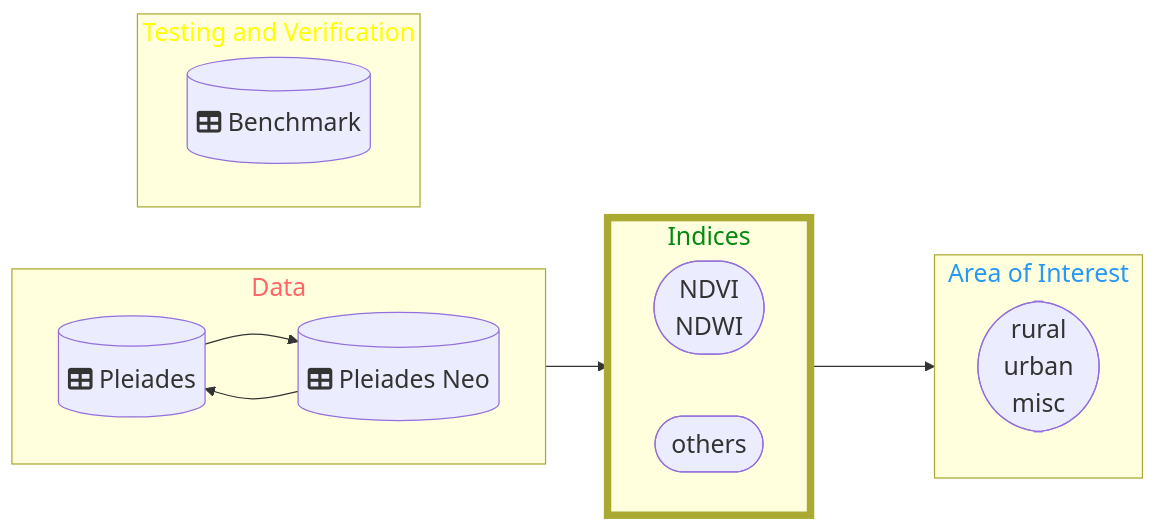
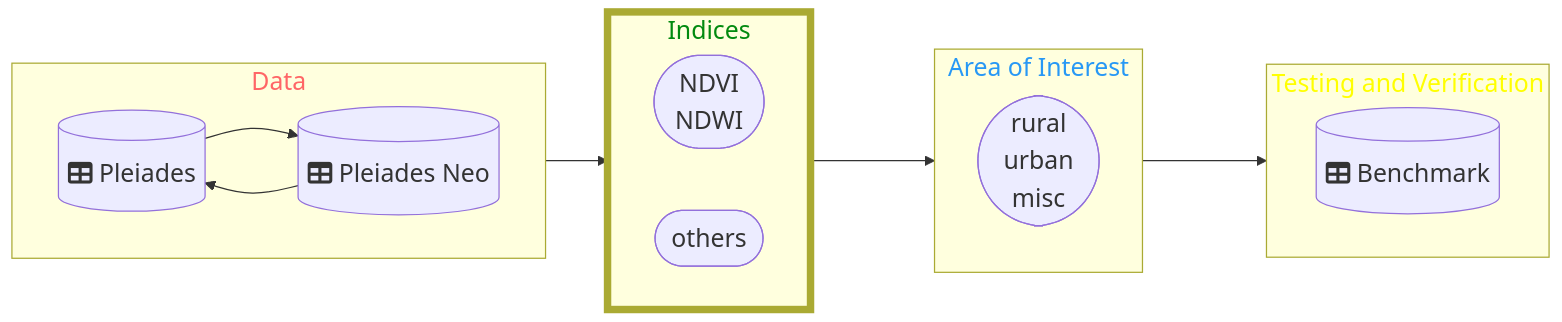
Before and after one commit to DippoldEJ/Feature-Detection-and-Explanation: the diagram in Area-Features/README.md, drawn with Mermaid.

````diff
--- a/Area-Features/README.md
+++ b/Area-Features/README.md
@@ -14,42 +14,43 @@
 ```mermaid
 flowchart LR;
 %%{init: {
 	'themeVariables': { 'fontSize': '20px', 'fontFamily': 'Didot'}
 	}
 }%%
 
  subgraph n[Data]
         direction LR
         h[(fa:fa-table Pleiades)]
         b[(fa:fa-table Pleiades Neo)]
     end
 
  subgraph q[Testing and Verification]
         direction LR
         r[(fa:fa-table Benchmark)]
     end
 
  subgraph o[Indices]
         direction LR
         j([NDVI <br /> NDWI])
         m([others])
     end
 
 subgraph p[Area of Interest]
     a([rural <br /> urban  <br />  misc])
     end
 
 style n color:#f66
 style o stroke-width:6px
 style o color:#028A0F
 style p color:#2798F5
 style q color:#FFFF00
 
 n-->o
 o-->p
+o-->q
 
 
 h-->b
 b-->h
 
 ```
````
